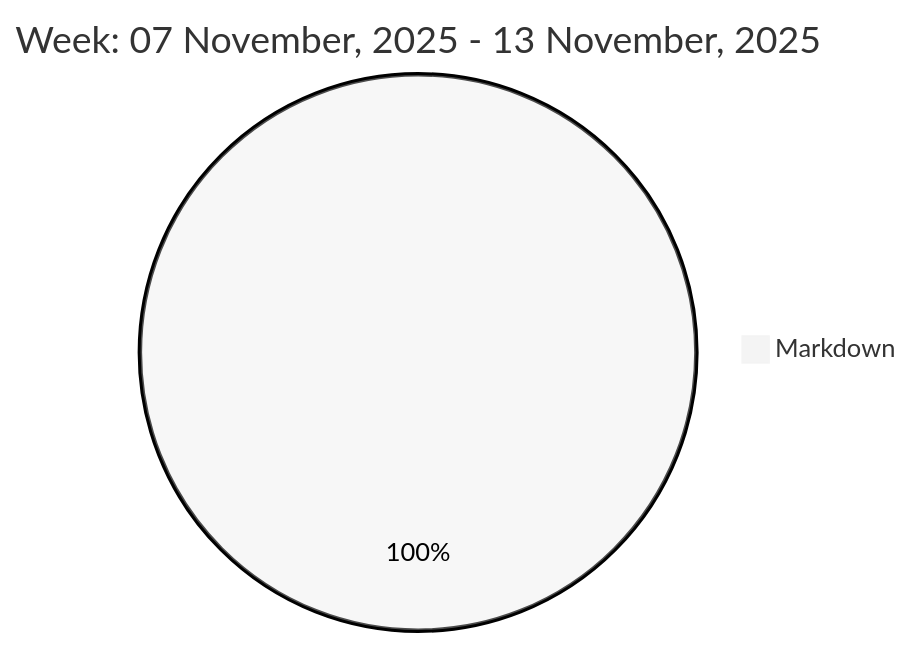
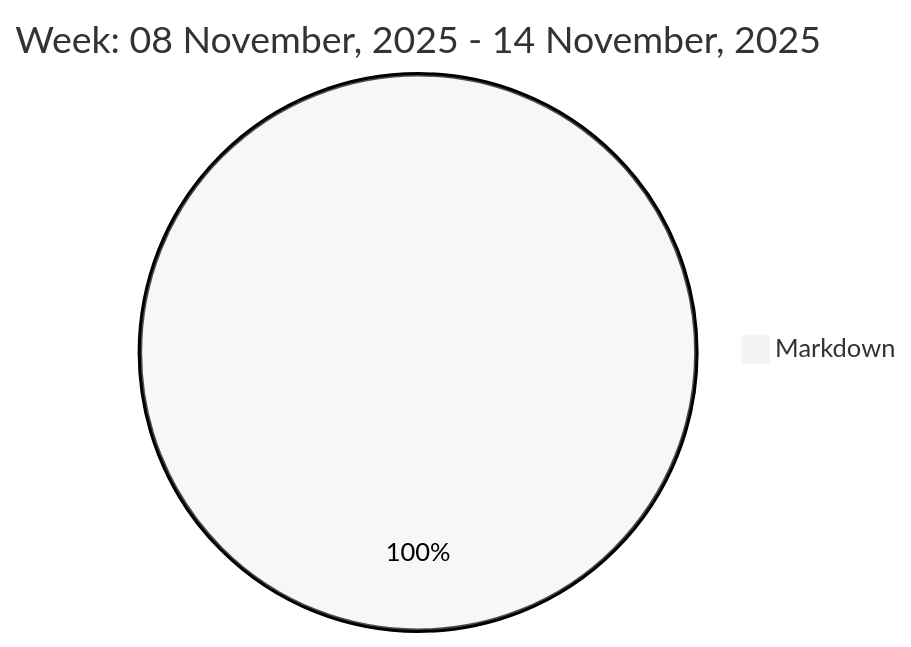
Before and after one commit to liubin95/liubin95: the diagram in README.md, drawn with Mermaid (neutral theme).

Commit message:
Updated the Graph with new Metrics

````diff
--- a/README.md
+++ b/README.md
@@ -37,5 +37,5 @@
 ```mermaid
  pie
-title Week: 07 November, 2025 - 13 November, 2025
+title Week: 08 November, 2025 - 14 November, 2025
  "Markdown" : 2.05
 ```
````
